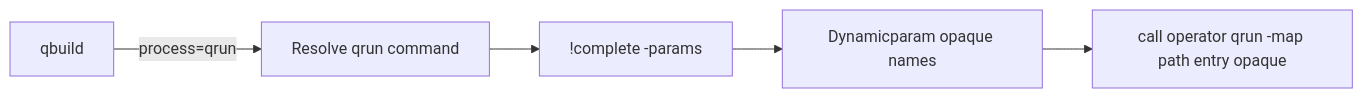
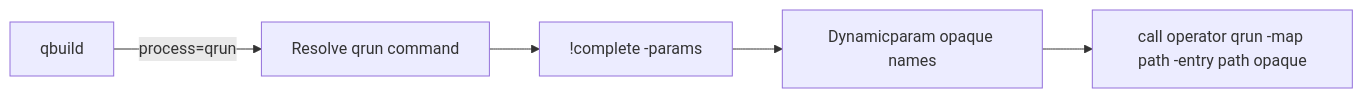
Before and after one commit to qbikez/ps-publishmap: the second of 2 diagrams in src/configmap/docs/plans/process-cli-contract.md, drawn with Mermaid. The commit also changed other lines of this file and 9 other files, not shown here.

````diff
--- a/src/configmap/docs/plans/process-cli-contract.md
+++ b/src/configmap/docs/plans/process-cli-contract.md
@@ -179,7 +183,7 @@
 ```mermaid
 flowchart LR
   qbuild[qbuild] -->|"process=qrun"| resolve[Resolve qrun command]
   resolve --> complete["!complete -params"]
   complete --> dyn[Dynamicparam opaque names]
-  dyn --> call["call operator qrun -map path entry opaque"]
+  dyn --> call["call operator qrun -map path -entry path opaque"]
 ```
````
